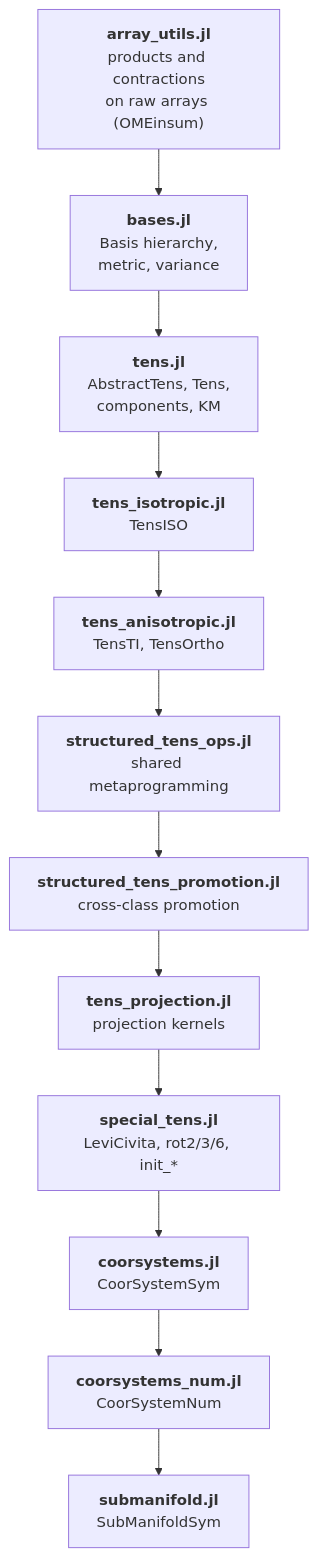
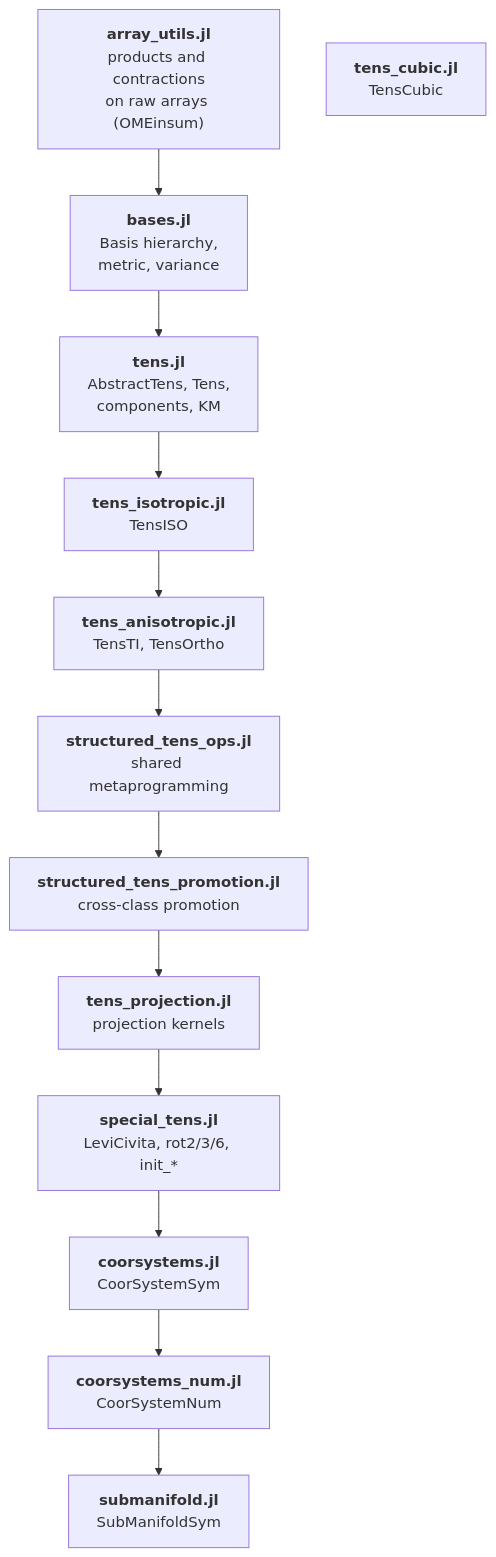
The diagram in docs/src/developer/architecture.md (MicroPoroChemoMechanics/TensND.jl), drawn with Mermaid before and after one commit. The commit also changed 22 other files, not shown here.

````diff
--- a/docs/src/developer/architecture.md
+++ b/docs/src/developer/architecture.md
@@ -8,17 +8,18 @@
 ```mermaid
 %%{init: {"flowchart": {"useMaxWidth": false}}}%%
 flowchart TB
     AU["<b>array_utils.jl</b><br/>products and contractions<br/>on raw arrays (OMEinsum)"]
     BA["<b>bases.jl</b><br/>Basis hierarchy,<br/>metric, variance"]
     TE["<b>tens.jl</b><br/>AbstractTens, Tens,<br/>components, KM"]
     ISO["<b>tens_isotropic.jl</b><br/>TensISO"]
     ANI["<b>tens_anisotropic.jl</b><br/>TensTI, TensOrtho"]
+    CUB["<b>tens_cubic.jl</b><br/>TensCubic"]
     OPS["<b>structured_tens_ops.jl</b><br/>shared metaprogramming"]
     PRO["<b>structured_tens_promotion.jl</b><br/>cross-class promotion"]
     PRJ["<b>tens_projection.jl</b><br/>projection kernels"]
     SPE["<b>special_tens.jl</b><br/>LeviCivita, rot2/3/6, init_*"]
     CSS["<b>coorsystems.jl</b><br/>CoorSystemSym"]
     CSN["<b>coorsystems_num.jl</b><br/>CoorSystemNum"]
     SUB["<b>submanifold.jl</b><br/>SubManifoldSym"]
     AU --> BA --> TE --> ISO --> ANI --> OPS --> PRO --> PRJ --> SPE --> CSS --> CSN --> SUB
 ```
````
